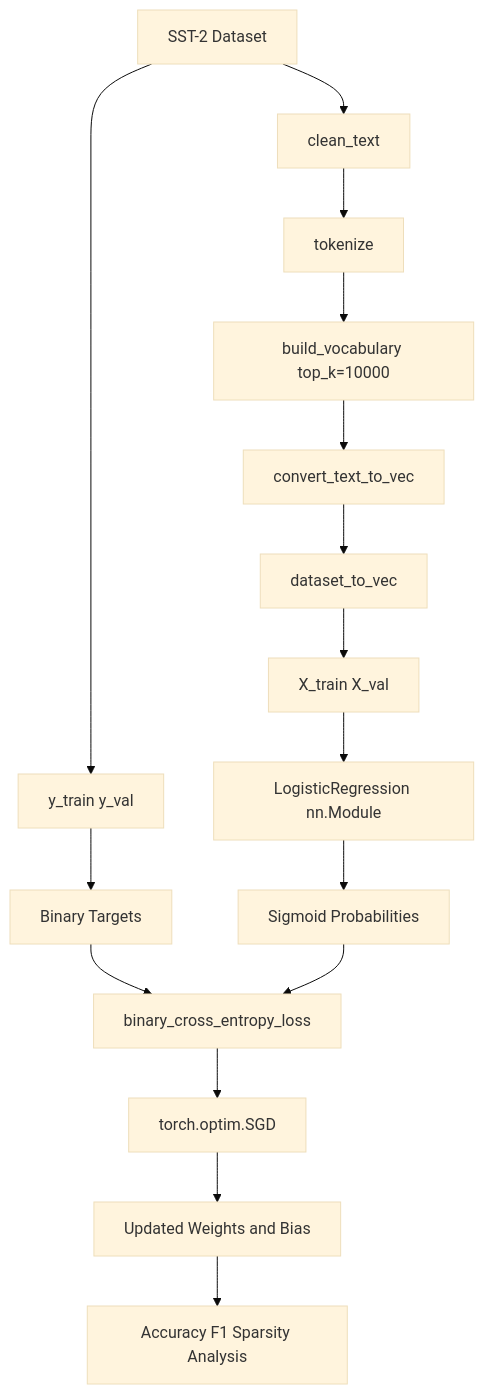
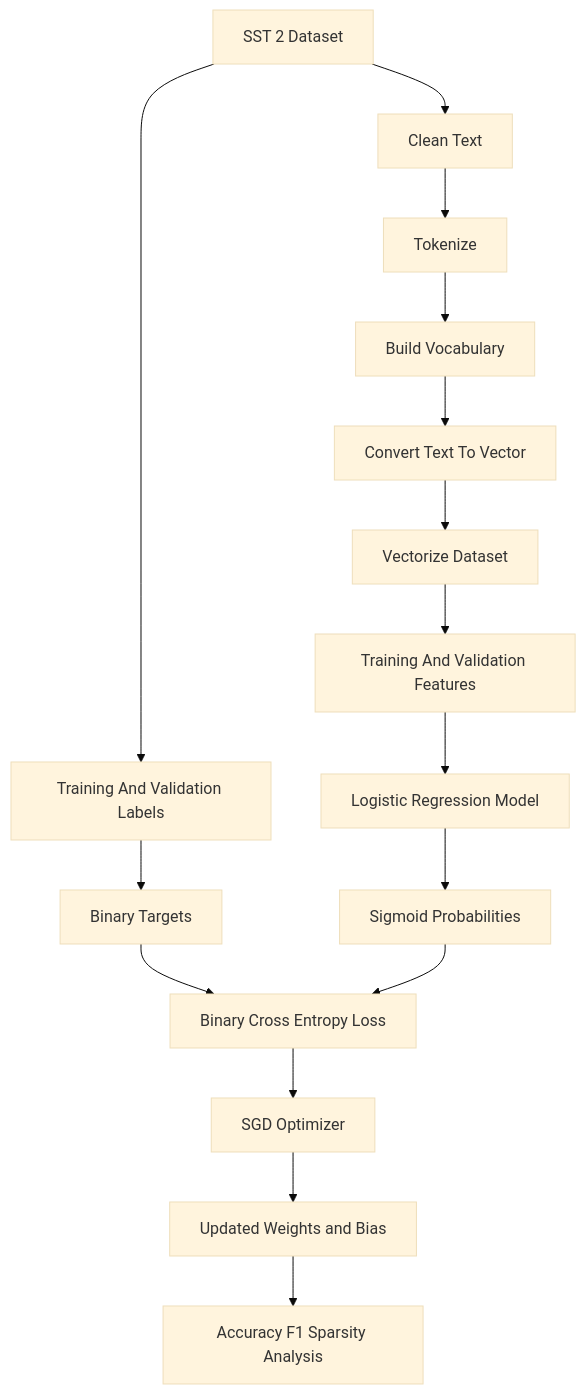
One commit to khab40/nebius-llm-architectures-module-2 changed the diagram in docs/architecture/03-text-classification-pipeline.md. Above: the diagram before and after it, drawn with Mermaid (base theme). The commit also changed 2 other files, not shown here.

Commit message:
Fix Mermaid diagrams for GitHub rendering

````diff
--- a/docs/architecture/03-text-classification-pipeline.md
+++ b/docs/architecture/03-text-classification-pipeline.md
@@ -11,18 +11,18 @@
 ```mermaid
 flowchart TD
-    A[SST-2 Dataset] --> B[clean_text]
-    B --> C[tokenize]
-    C --> D[build_vocabulary top_k=10000]
-    D --> E[convert_text_to_vec]
-    E --> F[dataset_to_vec]
-    F --> G[X_train X_val]
-    A --> H[y_train y_val]
-    G --> I[LogisticRegression nn.Module]
+    A[SST 2 Dataset] --> B[Clean Text]
+    B --> C[Tokenize]
+    C --> D[Build Vocabulary]
+    D --> E[Convert Text To Vector]
+    E --> F[Vectorize Dataset]
+    F --> G[Training And Validation Features]
+    A --> H[Training And Validation Labels]
+    G --> I[Logistic Regression Model]
     H --> J[Binary Targets]
     I --> K[Sigmoid Probabilities]
-    J --> L[binary_cross_entropy_loss]
+    J --> L[Binary Cross Entropy Loss]
     K --> L
-    L --> M[torch.optim.SGD]
+    L --> M[SGD Optimizer]
     M --> N[Updated Weights and Bias]
     N --> O[Accuracy F1 Sparsity Analysis]
 ```
````
